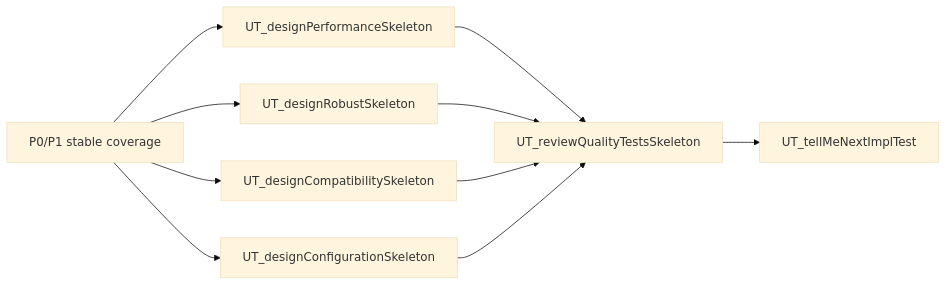
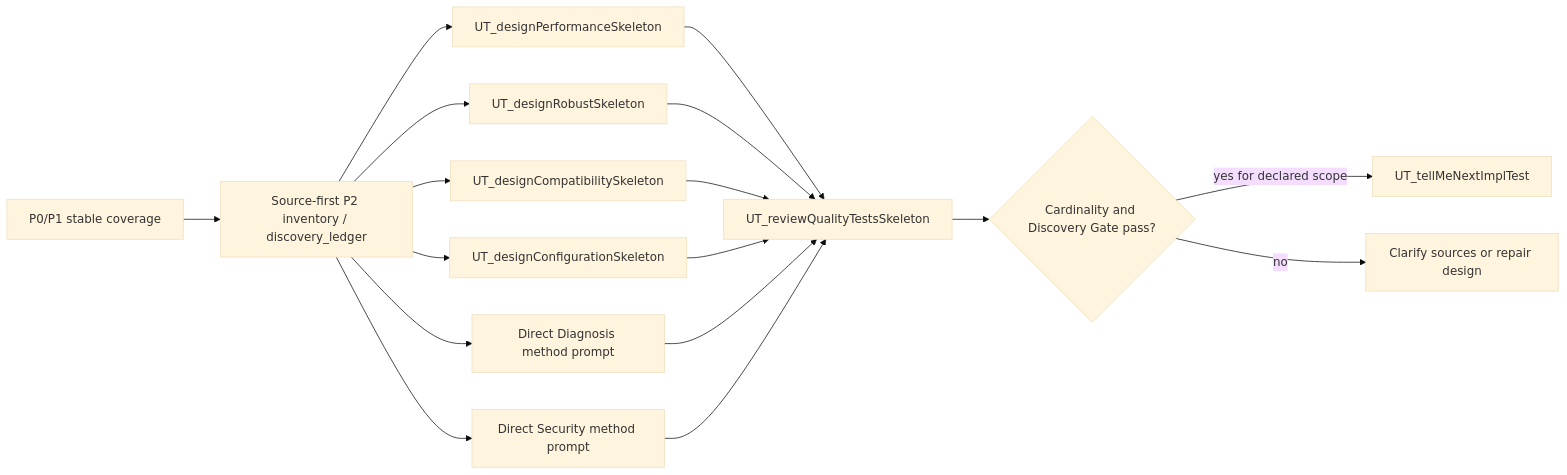
The diagram in slashCommands/flows/P2-QualityTestsFlow.md (EnigmaWU/MyCaTDD), drawn with Mermaid (base theme) before and after one commit. The commit also changed other lines of this file and 25 other files, not shown here.

````diff
--- a/slashCommands/flows/P2-QualityTestsFlow.md
+++ b/slashCommands/flows/P2-QualityTestsFlow.md
@@ -31,12 +41,19 @@
 ```mermaid
 flowchart LR
-    Stable["P0/P1 stable coverage"] --> Performance["UT_designPerformanceSkeleton"]
-    Stable --> Robust["UT_designRobustSkeleton"]
-    Stable --> Compatibility["UT_designCompatibilitySkeleton"]
-    Stable --> Configuration["UT_designConfigurationSkeleton"]
+    Stable["P0/P1 stable coverage"] --> Inventory["Source-first P2 inventory / discovery_ledger"]
+    Inventory --> Performance["UT_designPerformanceSkeleton"]
+    Inventory --> Robust["UT_designRobustSkeleton"]
+    Inventory --> Compatibility["UT_designCompatibilitySkeleton"]
+    Inventory --> Configuration["UT_designConfigurationSkeleton"]
+    Inventory --> Diagnosis["Direct Diagnosis method prompt"]
+    Inventory --> Security["Direct Security method prompt"]
     Performance --> Review["UT_reviewQualityTestsSkeleton"]
     Robust --> Review
     Compatibility --> Review
     Configuration --> Review
-    Review --> NextTC["UT_tellMeNextImplTest"]
+    Diagnosis --> Review
+    Security --> Review
+    Review --> Gate{"Cardinality and Discovery Gate pass?"}
+    Gate -->|yes for declared scope| NextTC["UT_tellMeNextImplTest"]
+    Gate -->|no| Clarify["Clarify sources or repair design"]
 ```
````
